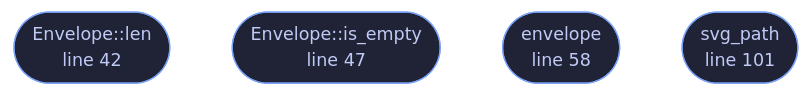
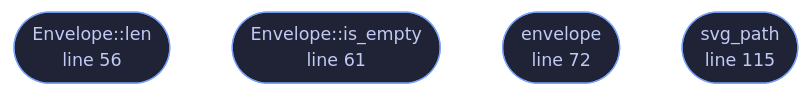
The diagram in wiki/File-veilvoice-video-waveform.md (tilas01/veilvoice), drawn with Mermaid before and after one commit. The commit also changed other lines of this file and 487 other files, not shown here.

````diff
--- a/wiki/File-veilvoice-video-waveform.md
+++ b/wiki/File-veilvoice-video-waveform.md
@@ -71,14 +86,14 @@
 ```mermaid
 %%{init: {"theme":"base","themeVariables":{"background":"#1a1b26","primaryColor":"#1f2335","primaryTextColor":"#c0caf5","primaryBorderColor":"#7aa2f7","secondaryColor":"#16161e","tertiaryColor":"#16161e","lineColor":"#737aa2","textColor":"#c0caf5","mainBkg":"#1f2335","nodeBorder":"#7aa2f7","clusterBkg":"#16161e","clusterBorder":"#2f3549","fontFamily":"ui-monospace, SFMono-Regular, Consolas, monospace","fontSize":"14px"}}}%%
 flowchart TD
-    n_len(["Envelope::len<br/>line 42"])
-    n_is_empty(["Envelope::is_empty<br/>line 47"])
-    n_envelope(["envelope<br/>line 58"])
-    n_svg_path(["svg_path<br/>line 101"])
-    click n_len href "https://github.com/tilas01/veilvoice/blob/main/crates/veilvoice-video/src/waveform.rs#L42" "open the source"
-    click n_is_empty href "https://github.com/tilas01/veilvoice/blob/main/crates/veilvoice-video/src/waveform.rs#L47" "open the source"
-    click n_envelope href "https://github.com/tilas01/veilvoice/blob/main/crates/veilvoice-video/src/waveform.rs#L58" "open the source"
-    click n_svg_path href "https://github.com/tilas01/veilvoice/blob/main/crates/veilvoice-video/src/waveform.rs#L101" "open the source"
+    n_len(["Envelope::len<br/>line 56"])
+    n_is_empty(["Envelope::is_empty<br/>line 61"])
+    n_envelope(["envelope<br/>line 72"])
+    n_svg_path(["svg_path<br/>line 115"])
+    click n_len href "https://github.com/tilas01/veilvoice/blob/main/crates/veilvoice-video/src/waveform.rs#L56" "open the source"
+    click n_is_empty href "https://github.com/tilas01/veilvoice/blob/main/crates/veilvoice-video/src/waveform.rs#L61" "open the source"
+    click n_envelope href "https://github.com/tilas01/veilvoice/blob/main/crates/veilvoice-video/src/waveform.rs#L72" "open the source"
+    click n_svg_path href "https://github.com/tilas01/veilvoice/blob/main/crates/veilvoice-video/src/waveform.rs#L115" "open the source"
     classDef entry fill:#1f2335,stroke:#7aa2f7,color:#c0caf5
     class n_len,n_is_empty,n_envelope,n_svg_path entry
 ```
````
